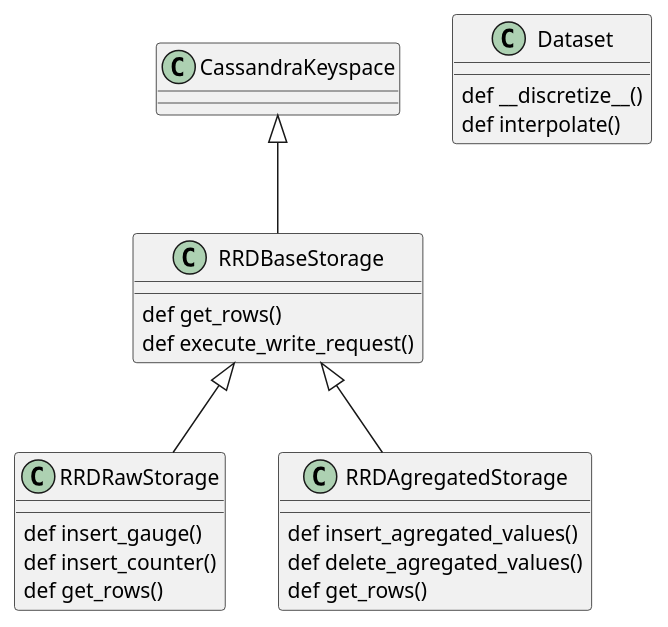
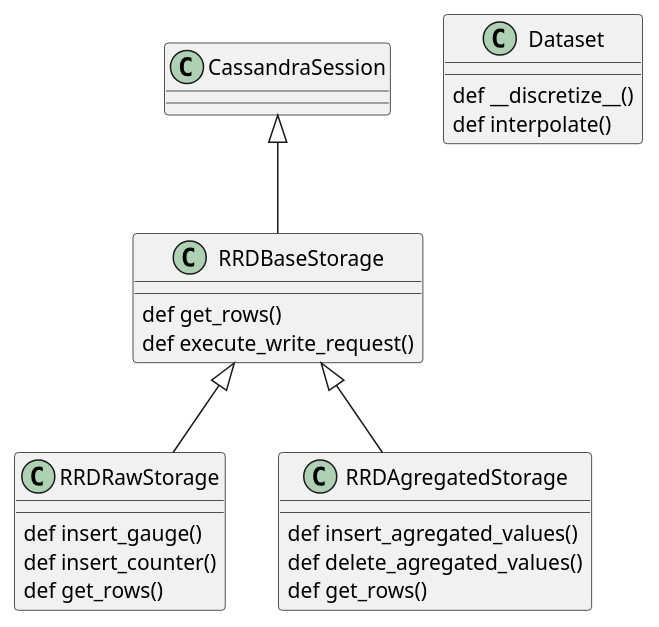
One commit to pascalberinguie/castor changed the third of 7 diagrams in readme.md. Above: the diagram before and after it, drawn with PlantUML. The commit also changed other lines of this file, not shown here.

````diff
--- a/readme.md
+++ b/readme.md
@@ -229,28 +229,28 @@
 ```plantuml
-CassandraKeyspace <|-- RRDBaseStorage
+CassandraSession <|-- RRDBaseStorage
 RRDBaseStorage <|-- RRDRawStorage
 RRDBaseStorage <|-- RRDAgregatedStorage
 
 class RRDBaseStorage{
     def get_rows()
     def execute_write_request()
 }
 
 
 class RRDRawStorage{
     def insert_gauge()
     def insert_counter()
     def get_rows()
 }
 
 class RRDAgregatedStorage{
     def insert_agregated_values()
     def delete_agregated_values()
     def get_rows()
 }
 
 class Dataset{
     def __discretize__()
     def interpolate()
 }
 ```
````
